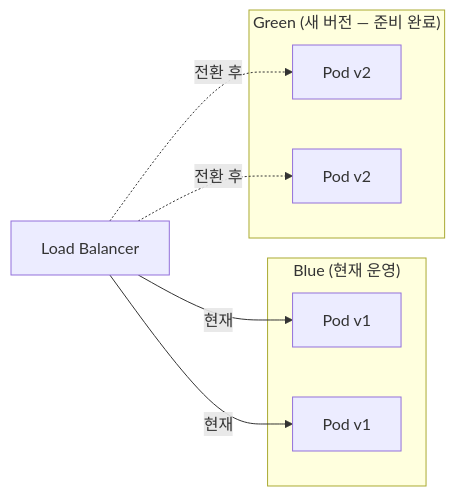
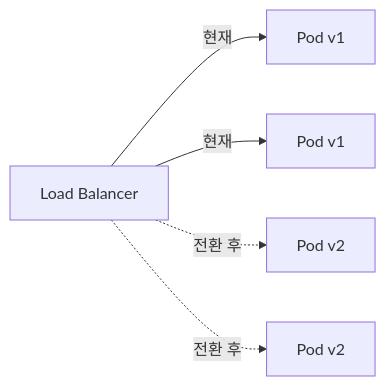
Before and after one commit to yjkim2015/yjkim2015.github.io: the third of 4 diagrams in _posts/cicd/2026-05-01-cicd.md, drawn with Mermaid. The commit also changed other lines of this file and 215 other files, not shown here.

First line of the commit message:
신규 포스트 10개 추가 + Mermaid 전면 축소 + SystemDesign 시리즈 보강

````diff
--- a/_posts/cicd/2026-05-01-cicd.md
+++ b/_posts/cicd/2026-05-01-cicd.md
@@ -376,17 +366,8 @@
 ```mermaid
 graph LR
     LB["Load Balancer"]
-    subgraph "Blue (현재 운영)"
-        B1["Pod v1"]
-        B2["Pod v1"]
-    end
-    subgraph "Green (새 버전 — 준비 완료)"
-        G1["Pod v2"]
-        G2["Pod v2"]
-    end
-
-    LB -->|"현재"| B1
-    LB -->|"현재"| B2
-    LB -.->|"전환 후"| G1
-    LB -.->|"전환 후"| G2
+    B1["Pod v1"] & B2["Pod v1"]
+    G1["Pod v2"] & G2["Pod v2"]
+    LB -->|"현재"| B1 & B2
+    LB -.->|"전환 후"| G1 & G2
 ```
````
